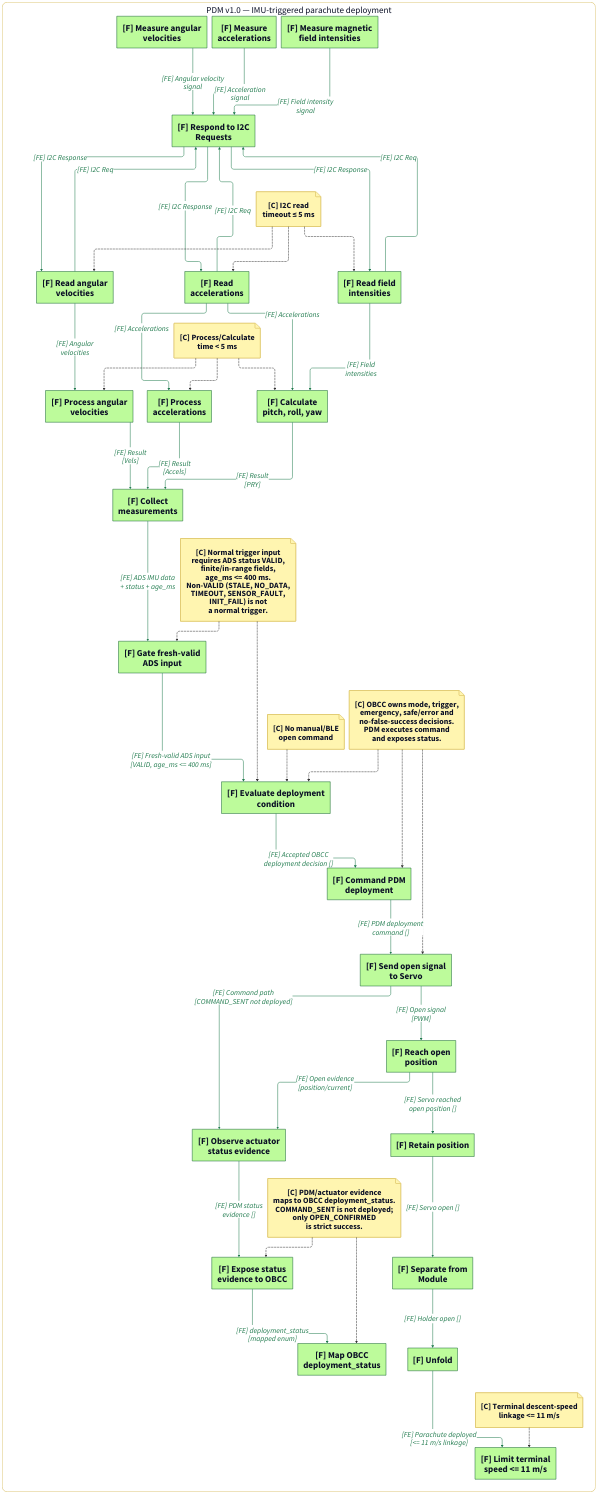
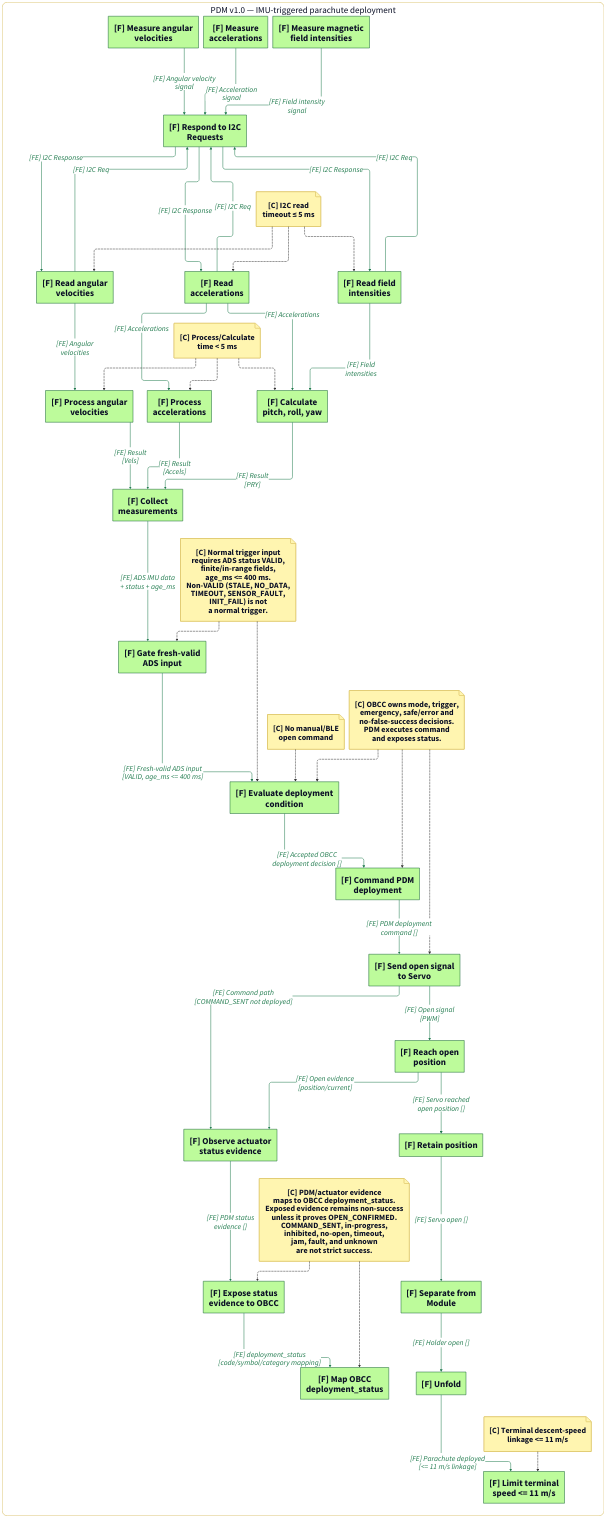
Before and after one commit to DeltaLabo/CanSatWorkshop: the diagram in PDM/MBSE/v1.0/PDM_v1.0_view4_imu_triggered_deployment_chain.d2, drawn with D2. The commit also changed 323 other files, not shown here.

```diff
--- a/PDM/MBSE/v1.0/PDM_v1.0_view4_imu_triggered_deployment_chain.d2
+++ b/PDM/MBSE/v1.0/PDM_v1.0_view4_imu_triggered_deployment_chain.d2
@@ -1,137 +1,137 @@
 vars: {
   d2-config: {
     layout-engine: elk
   }
 }
 
 # Functional chain: PDM v1.0 IMU-triggered parachute deployment.
 # ADS v1.0 IMU acquisition and processing feeds the PDM deployment decision;
 # no manual/BLE open command participates in this deployment chain.
 direction: down
 
 classes: {
   func: {
     shape: rectangle
     style: { fill: "#BDFB9B"; stroke: "#166534"; stroke-width: 2; font-size: 36 }
   }
   lc: {
     style: {
       fill: "#A9C7E6"; stroke: "#5B65C9"; stroke-width: 2
       border-radius: 20; font-size: 40
     }
   }
   pc: {
     style: { fill: "#FFF8BF"; stroke: "#D1B24A"; stroke-width: 2; font-size: 40 }
   }
   sys: {
     style: { fill: "#E6E6E6"; stroke: "#9A9A9A"; stroke-width: 2; font-size: 48 }
   }
   ea: {
     shape: rectangle
     style: {
       fill: "#BFEAF4"; stroke: "#5B65C9"; stroke-width: 2
       border-radius: 20; font-size: 40
     }
   }
   note: { style: { fill: "#FFF5B0"; stroke: "#D1B24A"; font-size: 32 } }
   chain: {
     style: {
       fill: "#FFFFFF"; stroke: "#D1B24A"; stroke-width: 2
       border-radius: 20; font-size: 36
     }
   }
   fe:   { style: { stroke: "#1F7A4D"; font-color: "#1F7A4D"; stroke-width: 2; font-size: 30 } }
   ce:   { style: { stroke: "#5B65C9"; font-color: "#5B65C9"; stroke-width: 2; font-size: 30 } }
   pl:   { style: { stroke: "#E11D28"; font-color: "#E11D28"; stroke-width: 2; font-size: 30 } }
   cstr: { style: { stroke: "#333333"; stroke-dash: 3; font-size: 26 } }
 }
 
 chain: "PDM v1.0 — IMU-triggered parachute deployment" {
   class: chain
   direction: down
 
   note_no_manual_trigger: "[C] No manual/BLE\nopen command" { class: note; shape: page }
   note_fresh_valid_ads: "[C] Normal trigger input\nrequires ADS status VALID,\nfinite/in-range fields,\nage_ms <= 400 ms.\nNon-VALID (STALE, NO_DATA,\nTIMEOUT, SENSOR_FAULT,\nINIT_FAIL) is not\na normal trigger." { class: note; shape: page }
   note_obcc_policy_boundary: "[C] OBCC owns mode, trigger,\nemergency, safe/error and\nno-false-success decisions.\nPDM executes command\nand exposes status." { class: note; shape: page }
   note_i2c_timeout: "[C] I2C read\ntimeout ≤ 5 ms" { class: note; shape: page }
   note_process_time: "[C] Process/Calculate\ntime < 5 ms" { class: note; shape: page }
-  note_status_evidence: "[C] PDM/actuator evidence\nmaps to OBCC deployment_status.\nCOMMAND_SENT is not deployed;\nonly OPEN_CONFIRMED\nis strict success." { class: note; shape: page }
+  note_status_evidence: "[C] PDM/actuator evidence\nmaps to OBCC deployment_status.\nExposed evidence remains non-success\nunless it proves OPEN_CONFIRMED.\nCOMMAND_SENT, in-progress,\ninhibited, no-open, timeout,\njam, fault, and unknown\nare not strict success." { class: note; shape: page }
   note_terminal_speed_11ms: "[C] Terminal descent-speed\nlinkage <= 11 m/s" { class: note; shape: page }
 
   measure_angular_velocities: "[F] Measure angular\nvelocities" { class: func }
   measure_accelerations: "[F] Measure\naccelerations" { class: func }
   measure_magnetic_field_intensities: "[F] Measure magnetic\nfield intensities" { class: func }
   respond_i2c_requests: "[F] Respond to I2C\nRequests" { class: func }
 
   read_angular_velocities: "[F] Read angular\nvelocities" { class: func }
   read_accelerations: "[F] Read\naccelerations" { class: func }
   read_field_intensities: "[F] Read field\nintensities" { class: func }
 
   process_angular_velocities: "[F] Process angular\nvelocities" { class: func }
   process_accelerations: "[F] Process\naccelerations" { class: func }
   calculate_pitch_roll_yaw: "[F] Calculate\npitch, roll, yaw" { class: func }
 
   collect_measurements: "[F] Collect\nmeasurements" { class: func }
   gate_fresh_valid_ads_input: "[F] Gate fresh-valid\nADS input" { class: func }
   evaluate_deployment_condition: "[F] Evaluate deployment\ncondition" { class: func }
   command_pdm_deployment: "[F] Command PDM\ndeployment" { class: func }
   send_open_signal_to_servo: "[F] Send open signal\nto Servo" { class: func }
   observe_actuator_status: "[F] Observe actuator\nstatus evidence" { class: func }
   expose_status_to_obcc: "[F] Expose status\nevidence to OBCC" { class: func }
   map_deployment_status: "[F] Map OBCC\ndeployment_status" { class: func }
   reach_open_position: "[F] Reach open\nposition" { class: func }
   retain_position: "[F] Retain position" { class: func }
   separate_from_module: "[F] Separate from\nModule" { class: func }
   unfold: "[F] Unfold" { class: func }
   limit_terminal_speed: "[F] Limit terminal\nspeed <= 11 m/s" { class: func }
 }
 
 chain.measure_angular_velocities -> chain.respond_i2c_requests: "[FE] Angular velocity\nsignal" { class: fe }
 chain.measure_accelerations -> chain.respond_i2c_requests: "[FE] Acceleration\nsignal" { class: fe }
 chain.measure_magnetic_field_intensities -> chain.respond_i2c_requests: "[FE] Field intensity\nsignal" { class: fe }
 
 chain.read_angular_velocities -> chain.respond_i2c_requests: "[FE] I2C Req" { class: fe }
 chain.read_accelerations -> chain.respond_i2c_requests: "[FE] I2C Req" { class: fe }
 chain.read_field_intensities -> chain.respond_i2c_requests: "[FE] I2C Req" { class: fe }
 chain.respond_i2c_requests -> chain.read_angular_velocities: "[FE] I2C Response" { class: fe }
 chain.respond_i2c_requests -> chain.read_accelerations: "[FE] I2C Response" { class: fe }
 chain.respond_i2c_requests -> chain.read_field_intensities: "[FE] I2C Response" { class: fe }
 
 chain.read_angular_velocities -> chain.process_angular_velocities: "[FE] Angular\nvelocities" { class: fe }
 chain.read_accelerations -> chain.process_accelerations: "[FE] Accelerations" { class: fe }
 chain.read_accelerations -> chain.calculate_pitch_roll_yaw: "[FE] Accelerations" { class: fe }
 chain.read_field_intensities -> chain.calculate_pitch_roll_yaw: "[FE] Field\nintensities" { class: fe }
 
 chain.process_angular_velocities -> chain.collect_measurements: "[FE] Result\n[Vels]" { class: fe }
 chain.process_accelerations -> chain.collect_measurements: "[FE] Result\n[Accels]" { class: fe }
 chain.calculate_pitch_roll_yaw -> chain.collect_measurements: "[FE] Result\n[PRY]" { class: fe }
 
 chain.collect_measurements -> chain.gate_fresh_valid_ads_input: "[FE] ADS IMU data\n+ status + age_ms" { class: fe }
 chain.gate_fresh_valid_ads_input -> chain.evaluate_deployment_condition: "[FE] Fresh-valid ADS input\n[VALID, age_ms <= 400 ms]" { class: fe }
 chain.evaluate_deployment_condition -> chain.command_pdm_deployment: "[FE] Accepted OBCC\ndeployment decision []" { class: fe }
 chain.command_pdm_deployment -> chain.send_open_signal_to_servo: "[FE] PDM deployment\ncommand []" { class: fe }
 chain.send_open_signal_to_servo -> chain.reach_open_position: "[FE] Open signal\n[PWM]" { class: fe }
 chain.send_open_signal_to_servo -> chain.observe_actuator_status: "[FE] Command path\n[COMMAND_SENT not deployed]" { class: fe }
 chain.reach_open_position -> chain.observe_actuator_status: "[FE] Open evidence\n[position/current]" { class: fe }
 chain.observe_actuator_status -> chain.expose_status_to_obcc: "[FE] PDM status\nevidence []" { class: fe }
-chain.expose_status_to_obcc -> chain.map_deployment_status: "[FE] deployment_status\n[mapped enum]" { class: fe }
+chain.expose_status_to_obcc -> chain.map_deployment_status: "[FE] deployment_status\n[code/symbol/category mapping]" { class: fe }
 chain.reach_open_position -> chain.retain_position: "[FE] Servo reached\nopen position []" { class: fe }
 chain.retain_position -> chain.separate_from_module: "[FE] Servo open []" { class: fe }
 chain.separate_from_module -> chain.unfold: "[FE] Holder open []" { class: fe }
 chain.unfold -> chain.limit_terminal_speed: "[FE] Parachute deployed\n[<= 11 m/s linkage]" { class: fe }
 
 chain.note_no_manual_trigger -> chain.evaluate_deployment_condition { class: cstr }
 chain.note_fresh_valid_ads -> chain.gate_fresh_valid_ads_input { class: cstr }
 chain.note_fresh_valid_ads -> chain.evaluate_deployment_condition { class: cstr }
 chain.note_obcc_policy_boundary -> chain.evaluate_deployment_condition { class: cstr }
 chain.note_obcc_policy_boundary -> chain.command_pdm_deployment { class: cstr }
 chain.note_obcc_policy_boundary -> chain.send_open_signal_to_servo { class: cstr }
 chain.note_i2c_timeout -> chain.read_angular_velocities { class: cstr }
 chain.note_i2c_timeout -> chain.read_accelerations { class: cstr }
 chain.note_i2c_timeout -> chain.read_field_intensities { class: cstr }
 chain.note_process_time -> chain.process_angular_velocities { class: cstr }
 chain.note_process_time -> chain.process_accelerations { class: cstr }
 chain.note_process_time -> chain.calculate_pitch_roll_yaw { class: cstr }
 chain.note_status_evidence -> chain.expose_status_to_obcc { class: cstr }
 chain.note_status_evidence -> chain.map_deployment_status { class: cstr }
 chain.note_terminal_speed_11ms -> chain.limit_terminal_speed { class: cstr }
```
